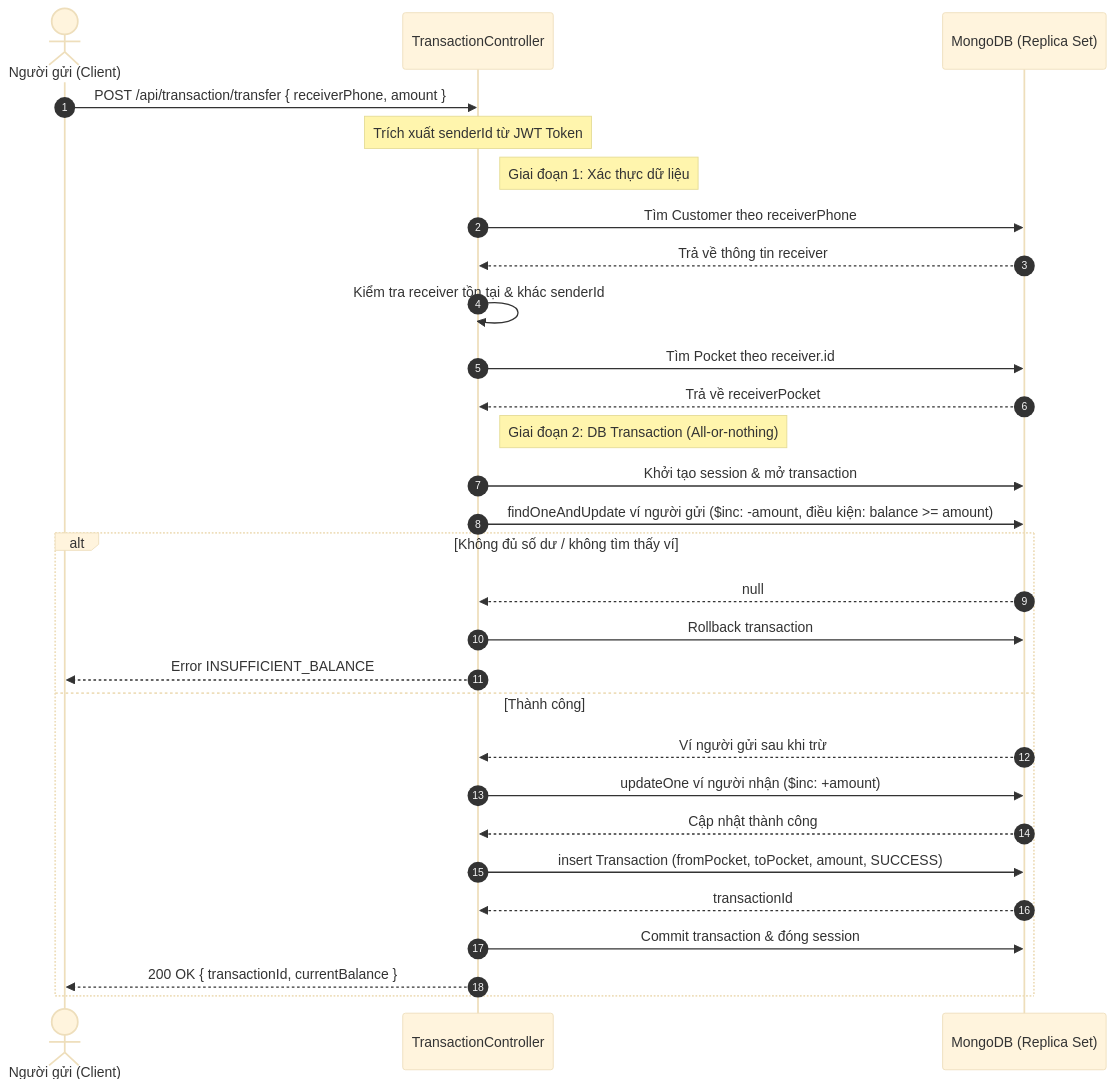
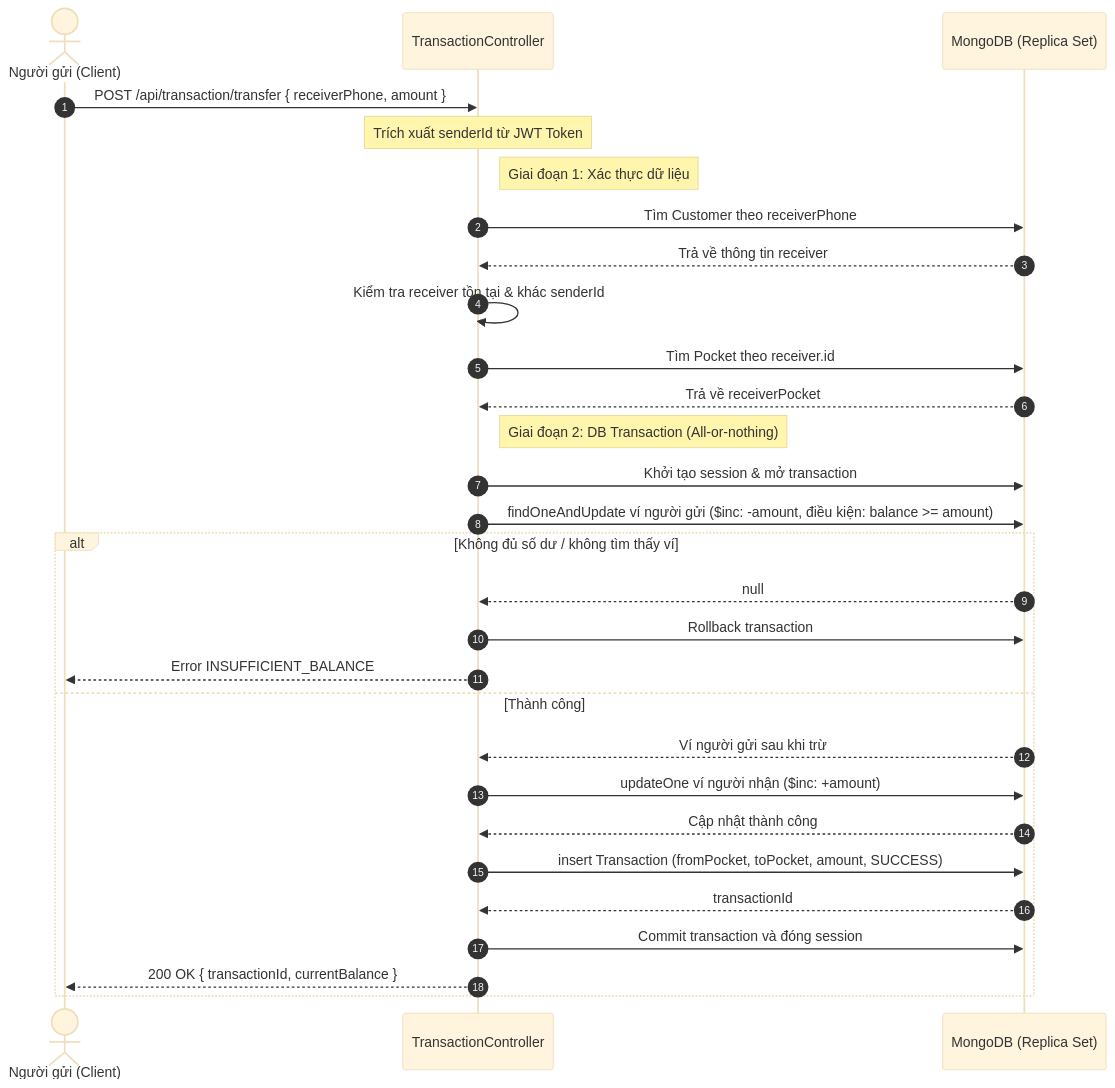
Before and after one commit to DLdevcoder/MINI-WALLET: the diagram in docs/mini-mini-wallet/p2p-mini-mini-wallet.md, drawn with Mermaid (base theme). The commit also changed 2 other files, not shown here.

Commit message:
docs: add api document and fix design

````diff
--- a/docs/mini-mini-wallet/p2p-mini-mini-wallet.md
+++ b/docs/mini-mini-wallet/p2p-mini-mini-wallet.md
@@ -3,39 +3,39 @@
 ```mermaid
 sequenceDiagram
     autonumber
     actor Client as Người gửi (Client)
     participant API as TransactionController
     participant DB as MongoDB (Replica Set)
 
     Client->>API: POST /api/transaction/transfer { receiverPhone, amount }
     Note over API: Trích xuất senderId từ JWT Token
 
     Note right of API: Giai đoạn 1: Xác thực dữ liệu
     API->>DB: Tìm Customer theo receiverPhone
     DB-->>API: Trả về thông tin receiver
     API->>API: Kiểm tra receiver tồn tại & khác senderId
     API->>DB: Tìm Pocket theo receiver.id
     DB-->>API: Trả về receiverPocket
 
     Note right of API: Giai đoạn 2: DB Transaction (All-or-nothing)
     API->>DB: Khởi tạo session & mở transaction
 
     API->>DB: findOneAndUpdate ví người gửi ($inc: -amount, điều kiện: balance >= amount)
 
     alt Không đủ số dư / không tìm thấy ví
         DB-->>API: null
         API->>DB: Rollback transaction
         API-->>Client: Error INSUFFICIENT_BALANCE
     else Thành công
         DB-->>API: Ví người gửi sau khi trừ
 
         API->>DB: updateOne ví người nhận ($inc: +amount)
         DB-->>API: Cập nhật thành công
 
         API->>DB: insert Transaction (fromPocket, toPocket, amount, SUCCESS)
         DB-->>API: transactionId
 
-        API->>DB: Commit transaction & đóng session
+        API->>DB: Commit transaction và đóng session
         API-->>Client: 200 OK { transactionId, currentBalance }
     end
 ```
````
